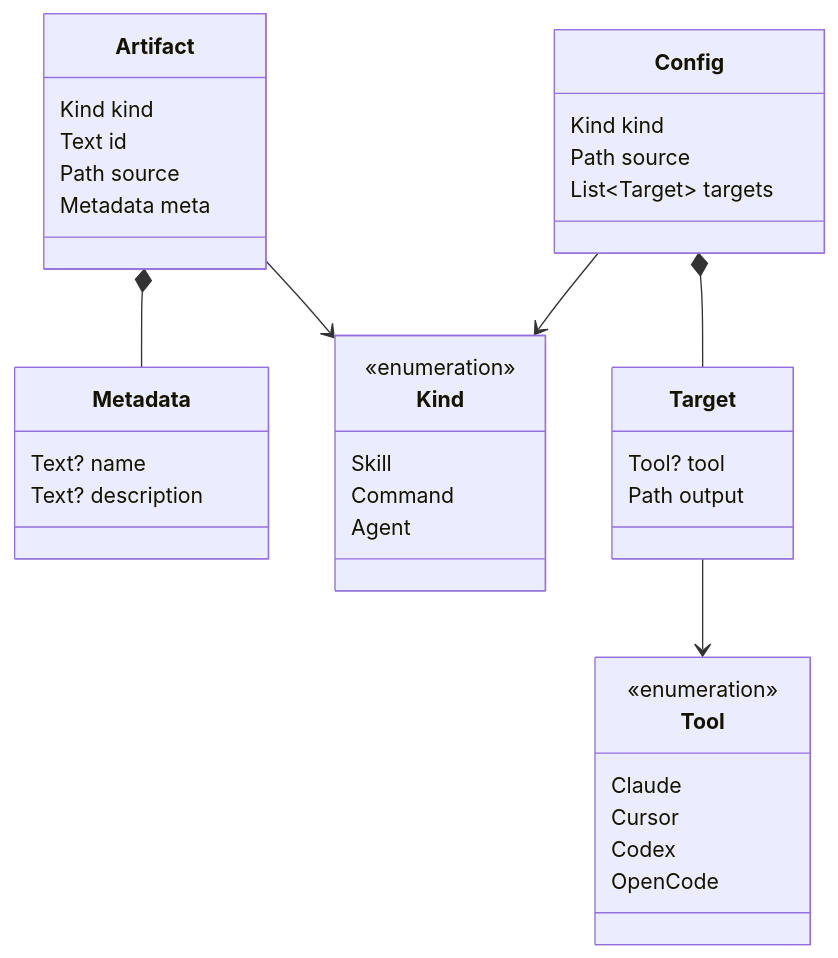
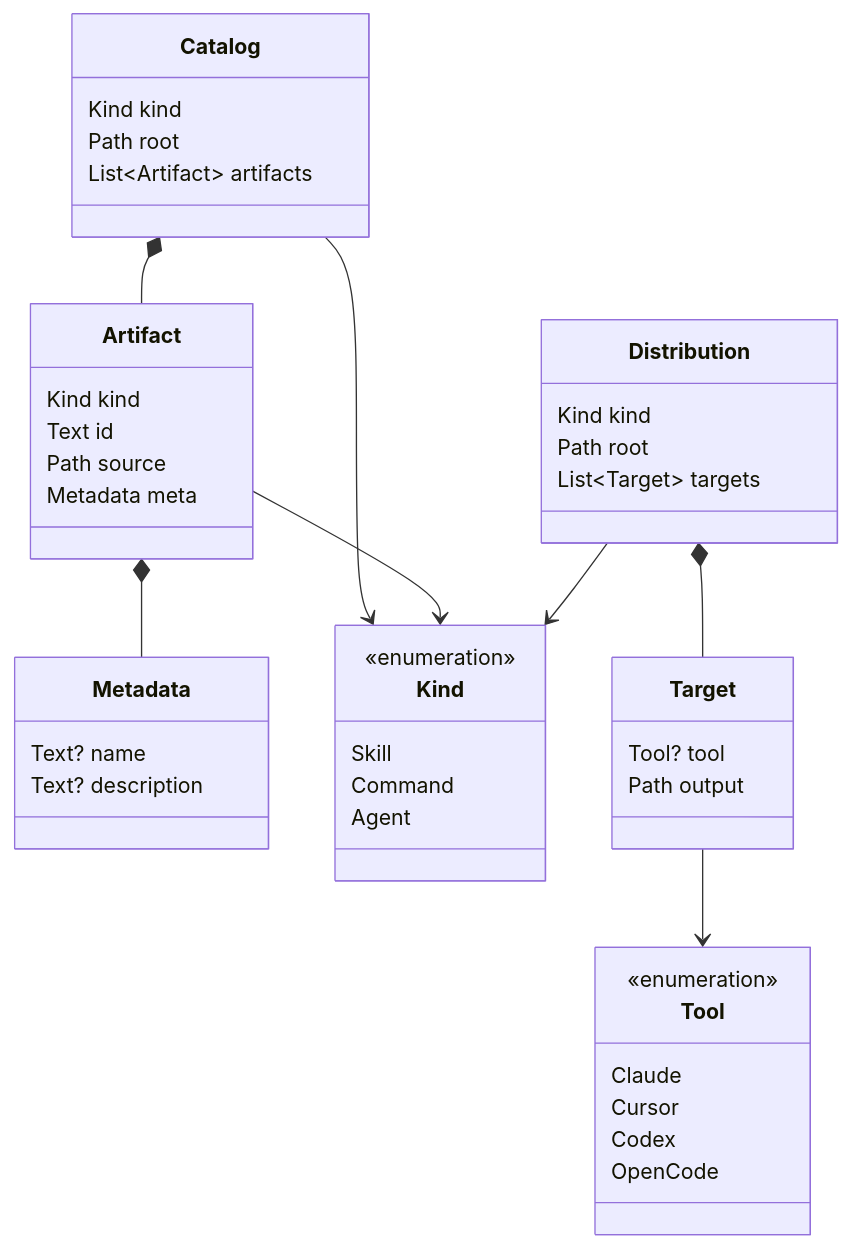
Before and after one commit to yliapis/agent-tool-box: the second of 2 diagrams in docs/specs/domain-model.md, drawn with Mermaid. The commit also changed other lines of this file and 3 other files, not shown here.

First line of the commit message:
docs(specs): rename Config to Distribution

````diff
--- a/docs/specs/domain-model.md
+++ b/docs/specs/domain-model.md
@@ -63,41 +95,48 @@
 ```mermaid
 classDiagram
+  class Catalog {
+    Kind kind
+    Path root
+    List~Artifact~ artifacts
+  }
   class Artifact {
     Kind kind
     Text id
     Path source
     Metadata meta
   }
   class Metadata {
     Text? name
     Text? description
   }
   class Kind {
     <<enumeration>>
     Skill
     Command
     Agent
   }
   class Tool {
     <<enumeration>>
     Claude
     Cursor
     Codex
     OpenCode
   }
-  class Config {
+  class Distribution {
     Kind kind
-    Path source
+    Path root
     List~Target~ targets
   }
   class Target {
     Tool? tool
     Path output
   }
 
+  Catalog --> Kind
+  Catalog *-- Artifact
   Artifact --> Kind
   Artifact *-- Metadata
-  Config --> Kind
-  Config *-- Target
+  Distribution --> Kind
+  Distribution *-- Target
   Target --> Tool
 ```
````
